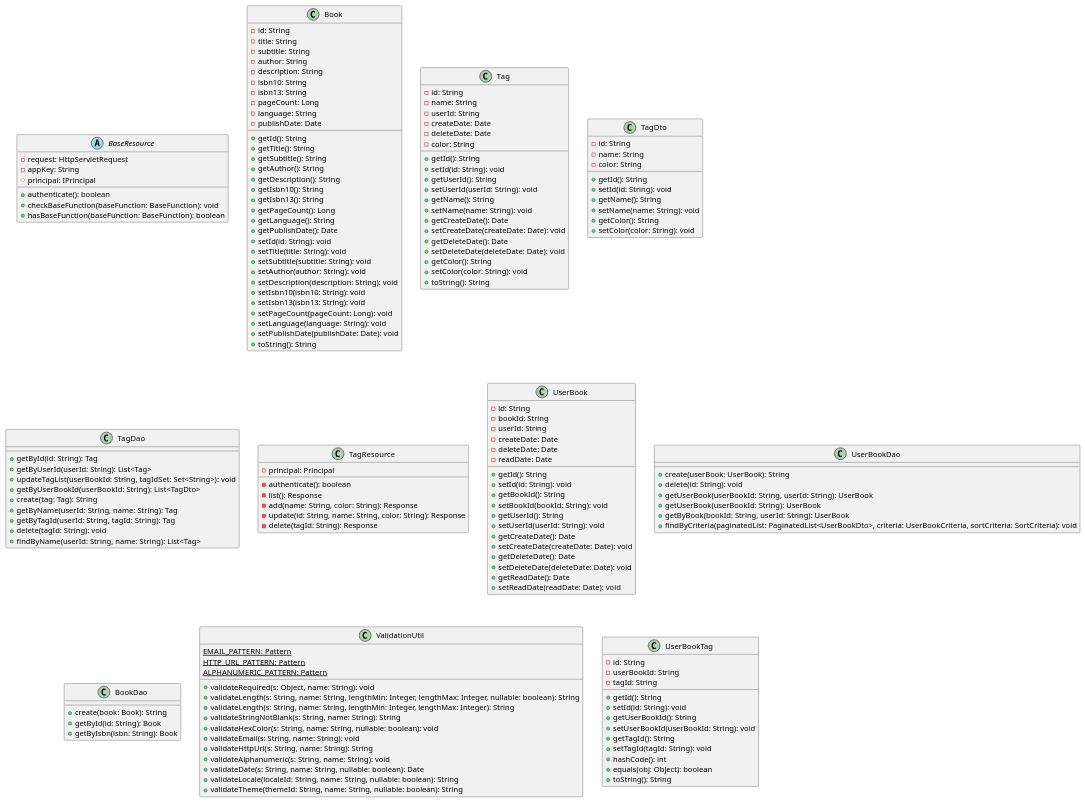
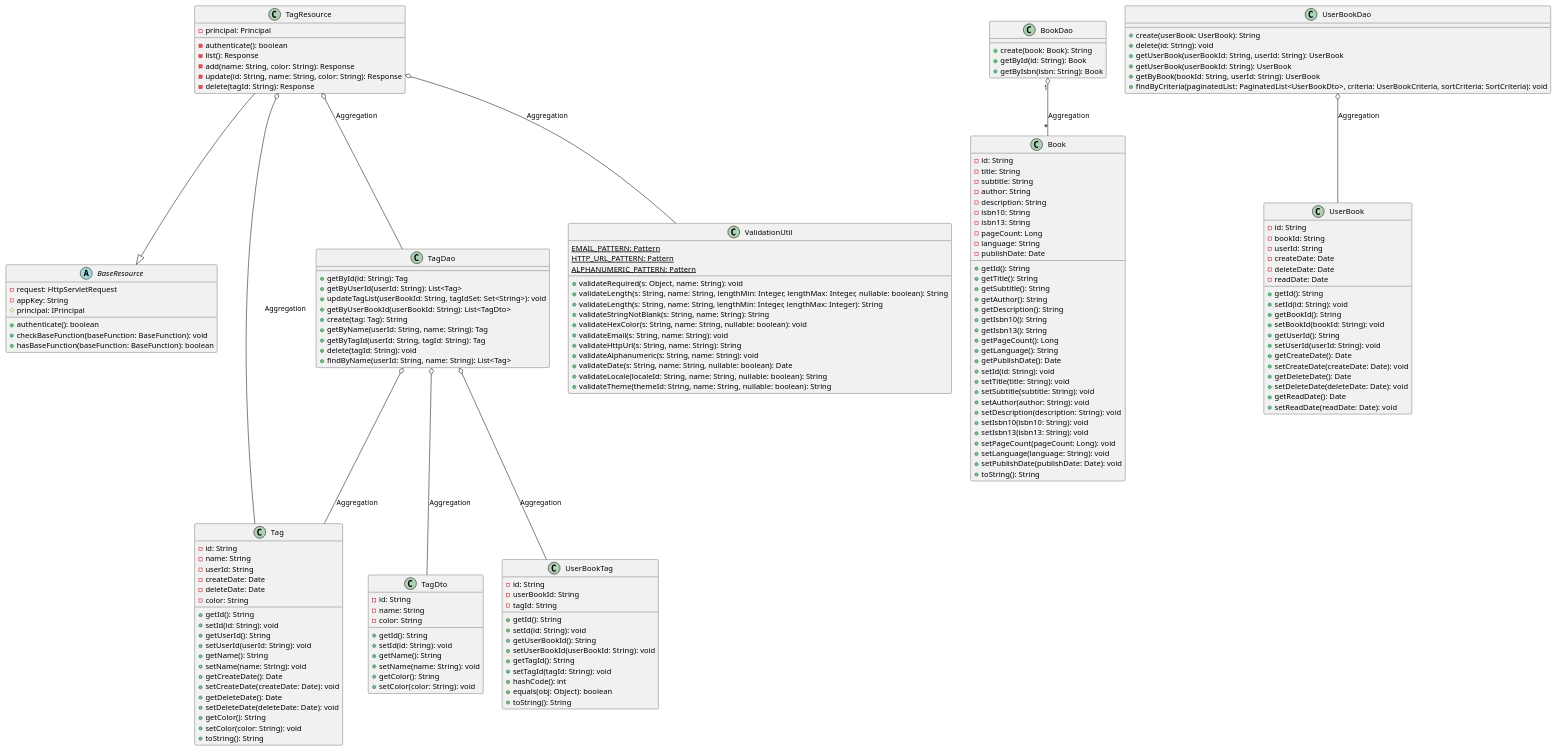
One commit to schlechter-afk/Software-Engineering-Project-1 changed the diagram in UML-Diagrams/bookShelf.plantuml. Above: the diagram before and after it, drawn with PlantUML.

Commit message:
Relations for BookShelf

```diff
--- a/UML-Diagrams/bookShelf.plantuml
+++ b/UML-Diagrams/bookShelf.plantuml
@@ -1,171 +1,186 @@
 @startuml BookShelfManagement
 
 abstract class BaseResource {
     - request: HttpServletRequest
     - appKey: String
     # principal: IPrincipal
     + authenticate(): boolean
     + checkBaseFunction(baseFunction: BaseFunction): void
     + hasBaseFunction(baseFunction: BaseFunction): boolean
 }
 
 class Book {
   - id: String
   - title: String
   - subtitle: String
   - author: String
   - description: String
   - isbn10: String
   - isbn13: String
   - pageCount: Long
   - language: String
   - publishDate: Date
   + getId(): String
   + getTitle(): String
   + getSubtitle(): String
   + getAuthor(): String
   + getDescription(): String
   + getIsbn10(): String
   + getIsbn13(): String
   + getPageCount(): Long
   + getLanguage(): String
   + getPublishDate(): Date
   + setId(id: String): void
   + setTitle(title: String): void
   + setSubtitle(subtitle: String): void
   + setAuthor(author: String): void
   + setDescription(description: String): void
   + setIsbn10(isbn10: String): void
   + setIsbn13(isbn13: String): void
   + setPageCount(pageCount: Long): void
   + setLanguage(language: String): void
   + setPublishDate(publishDate: Date): void
   + toString(): String
 }
 
 class Tag {
   - id: String
   - name: String
   - userId: String
   - createDate: Date
   - deleteDate: Date
   - color: String
   + getId(): String
   + setId(id: String): void
   + getUserId(): String
   + setUserId(userId: String): void
   + getName(): String
   + setName(name: String): void
   + getCreateDate(): Date
   + setCreateDate(createDate: Date): void
   + getDeleteDate(): Date
   + setDeleteDate(deleteDate: Date): void
   + getColor(): String
   + setColor(color: String): void
   + toString(): String
 }
 
 class TagDto {
   - id: String
   - name: String
   - color: String
 
   + getId(): String
   + setId(id: String): void
   + getName(): String
   + setName(name: String): void
   + getColor(): String
   + setColor(color: String): void
 }
 
 class TagDao {
   + getById(id: String): Tag
   + getByUserId(userId: String): List<Tag>
   + updateTagList(userBookId: String, tagIdSet: Set<String>): void
   + getByUserBookId(userBookId: String): List<TagDto>
   + create(tag: Tag): String
   + getByName(userId: String, name: String): Tag
   + getByTagId(userId: String, tagId: String): Tag
   + delete(tagId: String): void
   + findByName(userId: String, name: String): List<Tag>
 }
 
 class TagResource {
     - principal: Principal
     - authenticate(): boolean
     - list(): Response
     - add(name: String, color: String): Response
     - update(id: String, name: String, color: String): Response
     - delete(tagId: String): Response
 }
 
 class UserBook {
     - id: String
     - bookId: String
     - userId: String
     - createDate: Date
     - deleteDate: Date
     - readDate: Date
 
     + getId(): String
     + setId(id: String): void
     + getBookId(): String
     + setBookId(bookId: String): void
     + getUserId(): String
     + setUserId(userId: String): void
     + getCreateDate(): Date
     + setCreateDate(createDate: Date): void
     + getDeleteDate(): Date
     + setDeleteDate(deleteDate: Date): void
     + getReadDate(): Date
     + setReadDate(readDate: Date): void
 }
 
 class UserBookDao {
   +create(userBook: UserBook): String
   +delete(id: String): void
   +getUserBook(userBookId: String, userId: String): UserBook
   +getUserBook(userBookId: String): UserBook
   +getByBook(bookId: String, userId: String): UserBook
   +findByCriteria(paginatedList: PaginatedList<UserBookDto>, criteria: UserBookCriteria, sortCriteria: SortCriteria): void
 }
 
 class BookDao {
   + create(book: Book): String
   + getById(id: String): Book
   + getByIsbn(isbn: String): Book
 }
 
 class ValidationUtil {
   {static} EMAIL_PATTERN: Pattern
   {static} HTTP_URL_PATTERN: Pattern
   {static} ALPHANUMERIC_PATTERN: Pattern
   + validateRequired(s: Object, name: String): void
   + validateLength(s: String, name: String, lengthMin: Integer, lengthMax: Integer, nullable: boolean): String
   + validateLength(s: String, name: String, lengthMin: Integer, lengthMax: Integer): String
   + validateStringNotBlank(s: String, name: String): String
   + validateHexColor(s: String, name: String, nullable: boolean): void
   + validateEmail(s: String, name: String): void
   + validateHttpUrl(s: String, name: String): String
   + validateAlphanumeric(s: String, name: String): void
   + validateDate(s: String, name: String, nullable: boolean): Date
   + validateLocale(localeId: String, name: String, nullable: boolean): String
   + validateTheme(themeId: String, name: String, nullable: boolean): String
 }
 
 class UserBookTag {
   - id: String
   - userBookId: String
   - tagId: String
   + getId(): String
   + setId(id: String): void
   + getUserBookId(): String
   + setUserBookId(userBookId: String): void
   + getTagId(): String
   + setTagId(tagId: String): void
   + hashCode(): int
   + equals(obj: Object): boolean
   + toString(): String
 }
 
+TagResource --|> BaseResource
+
+BookDao "1" o-- "*" Book : Aggregation
+
+TagDao o-- UserBookTag :  Aggregation
+TagDao o-- TagDto : Aggregation
+TagDao o-- Tag : Aggregation
+
+TagResource o-- TagDao : Aggregation
+TagResource o-- Tag : Aggregation
+TagResource o-- ValidationUtil : Aggregation
+
+UserBookDao o-- UserBook : Aggregation
+
+
 @enduml
```
